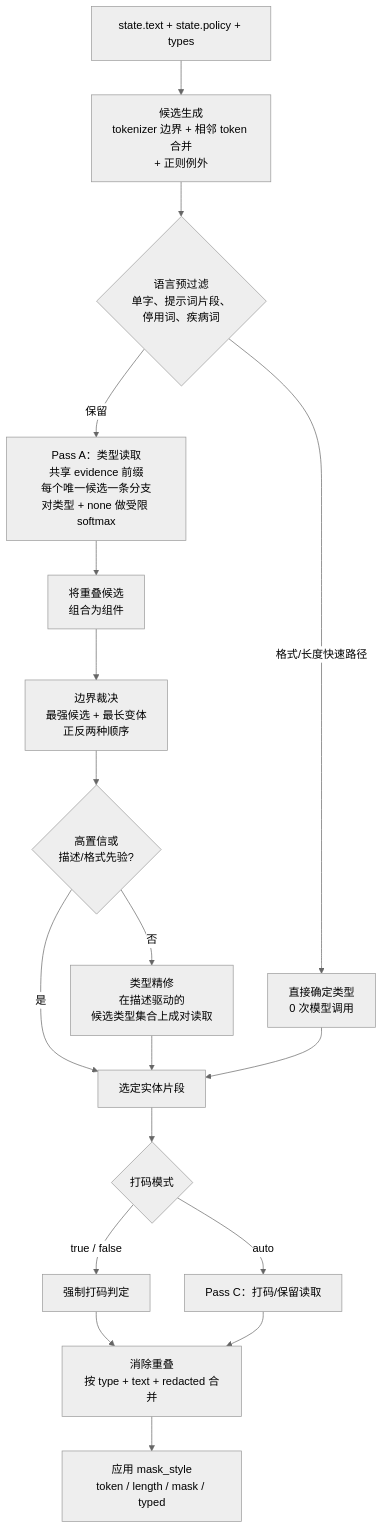
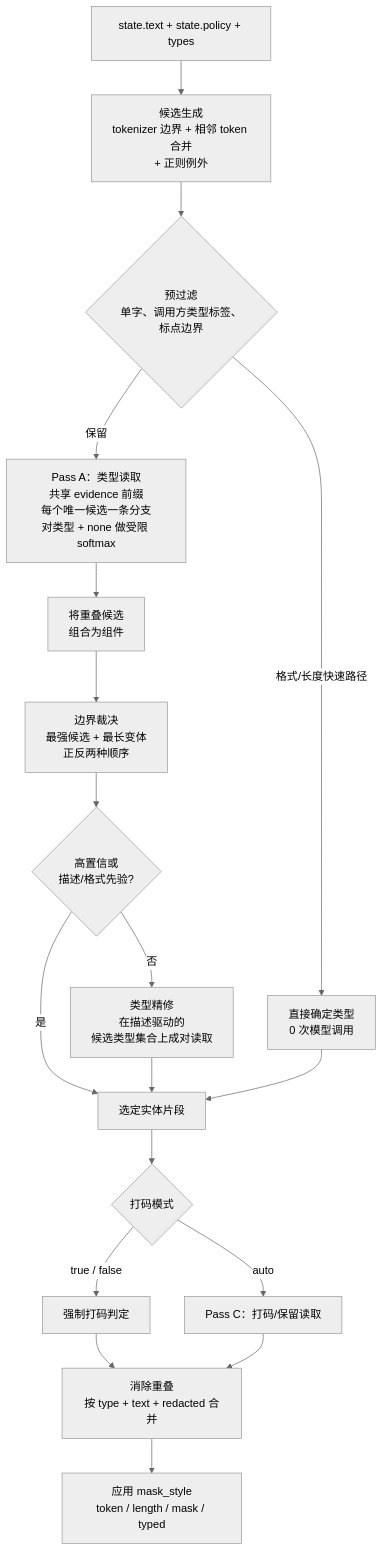
One commit to DreamBlooms/AnyPII changed the diagram in README.zh-CN.md. Above: the diagram before and after it, drawn with Mermaid (neutral theme). The commit also changed other lines of this file and 16 other files, not shown here.

````diff
--- a/README.zh-CN.md
+++ b/README.zh-CN.md
@@ -83,20 +83,20 @@
 ```mermaid
 flowchart TD
     A["state.text + state.policy + types"] --> B["候选生成<br/>tokenizer 边界 + 相邻 token 合并<br/>+ 正则例外"]
-    B --> C{"语言预过滤<br/>单字、提示词片段、<br/>停用词、疾病词"}
+    B --> C{"预过滤<br/>单字、调用方类型标签、<br/>标点边界"}
     C -->|格式/长度快速路径| D["直接确定类型<br/>0 次模型调用"]
     C -->|保留| E["Pass A：类型读取<br/>共享 evidence 前缀<br/>每个唯一候选一条分支<br/>对类型 + none 做受限 softmax"]
     E --> F["将重叠候选<br/>组合为组件"]
     F --> G["边界裁决<br/>最强候选 + 最长变体<br/>正反两种顺序"]
     G --> H{"高置信或<br/>描述/格式先验?"}
     H -->|是| J["选定实体片段"]
     H -->|否| I["类型精修<br/>在描述驱动的<br/>候选类型集合上成对读取"]
     I --> J
     D --> J
     J --> K{"打码模式"}
     K -->|true / false| L["强制打码判定"]
     K -->|auto| M["Pass C：打码/保留读取"]
     L --> N["消除重叠<br/>按 type + text + redacted 合并"]
     M --> N
     N --> O["应用 mask_style<br/>token / length / mask / typed"]
 ```
````
